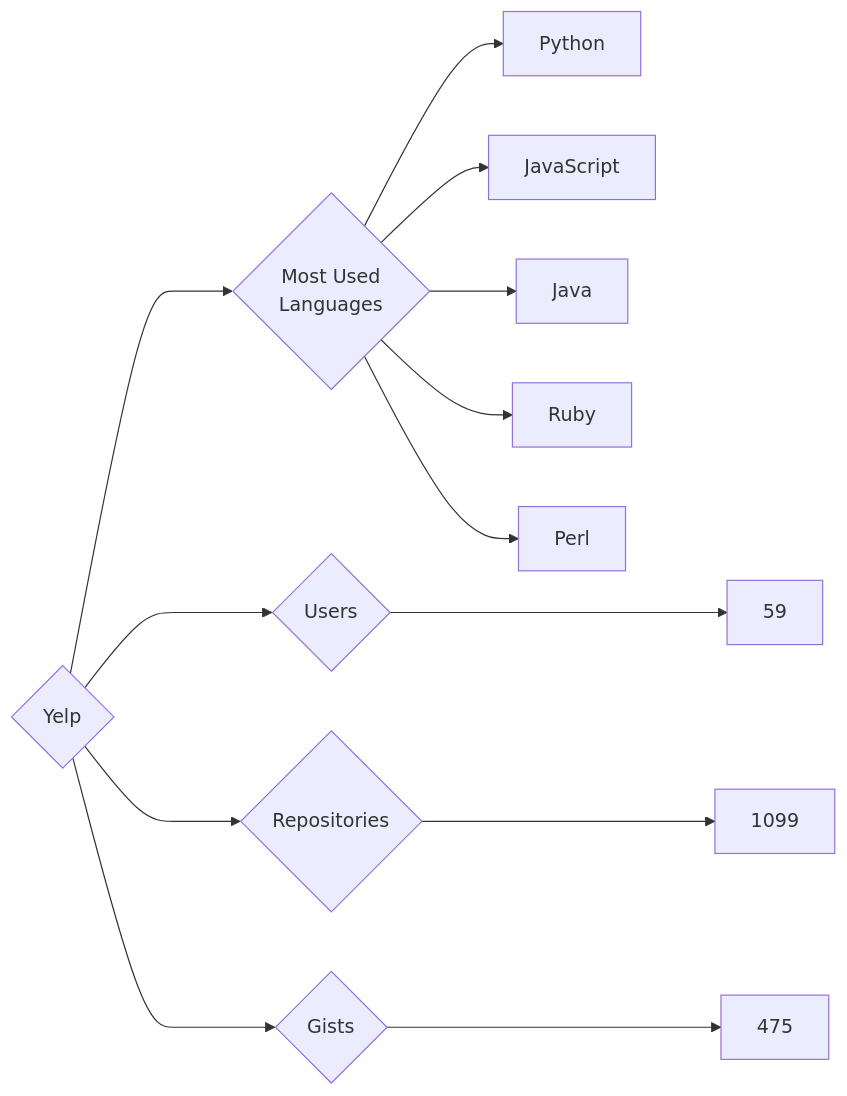
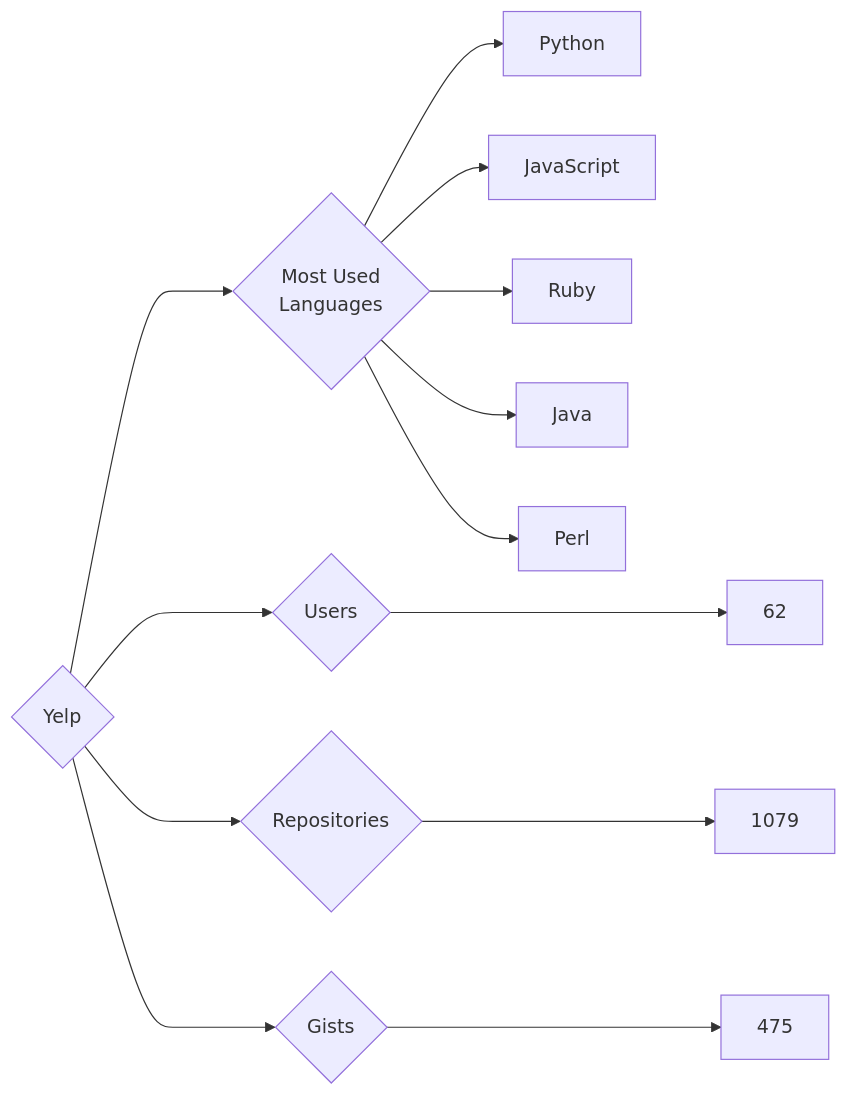
Before and after one commit to trickest/insiders: the diagram in targets/Yelp/README.md, drawn with Mermaid. The commit also changed 1389 other files, not shown here.

````diff
--- a/targets/Yelp/README.md
+++ b/targets/Yelp/README.md
@@ -3,13 +3,13 @@
 ```mermaid
 graph LR
 COMPANY_NAME{Yelp}
-COMPANY_NAME ---> U{Users} ---> UN[59]
-COMPANY_NAME ---> R{Repositories} ---> RN[1099]
+COMPANY_NAME ---> U{Users} ---> UN[62]
+COMPANY_NAME ---> R{Repositories} ---> RN[1079]
 COMPANY_NAME ---> G{Gists} ---> GN[475]
 COMPANY_NAME ---> ML{Most Used<br>Languages}
 ML --> Python[Python]
 ML --> JavaScript[JavaScript]
+ML --> Ruby[Ruby]
 ML --> Java[Java]
-ML --> Ruby[Ruby]
 ML --> Perl[Perl]
 ```
````
